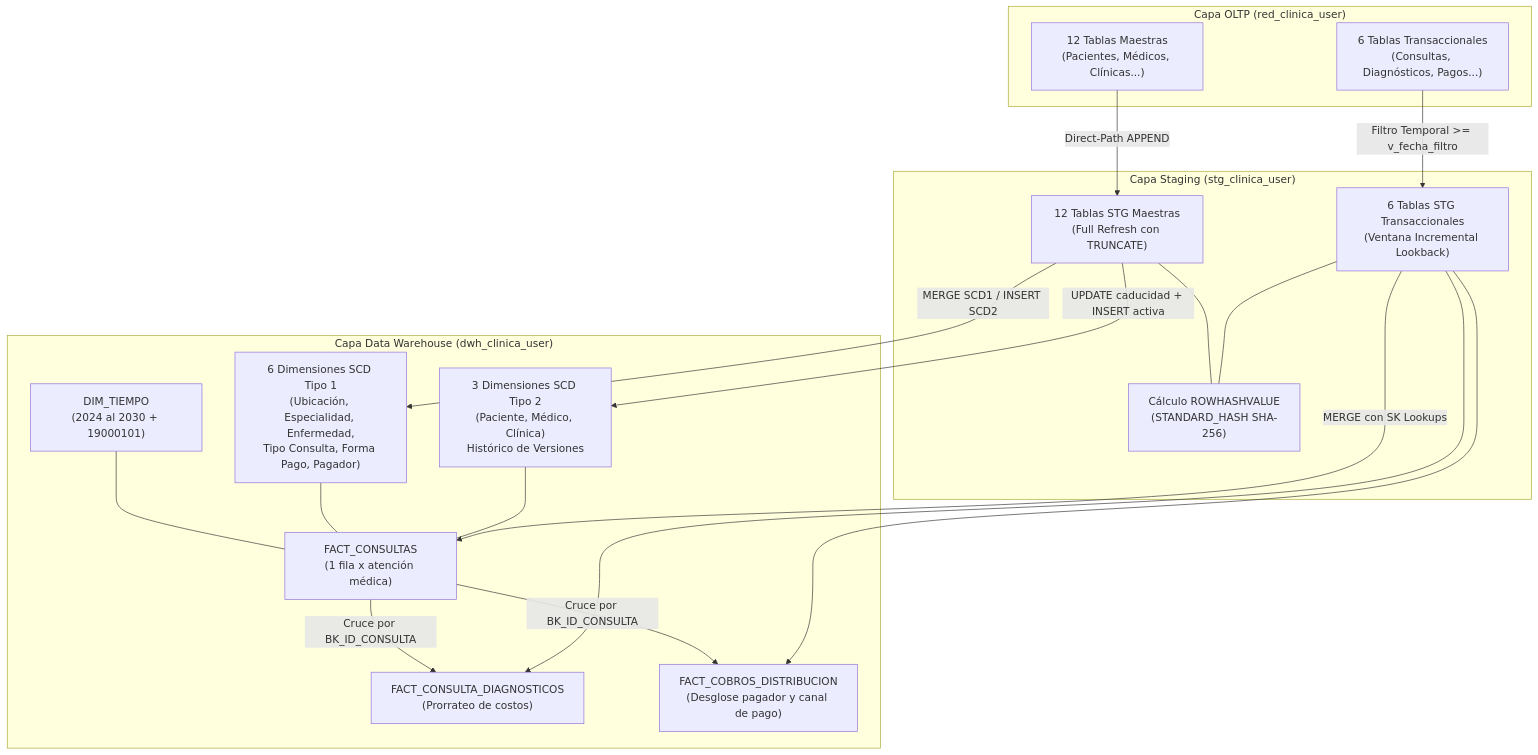
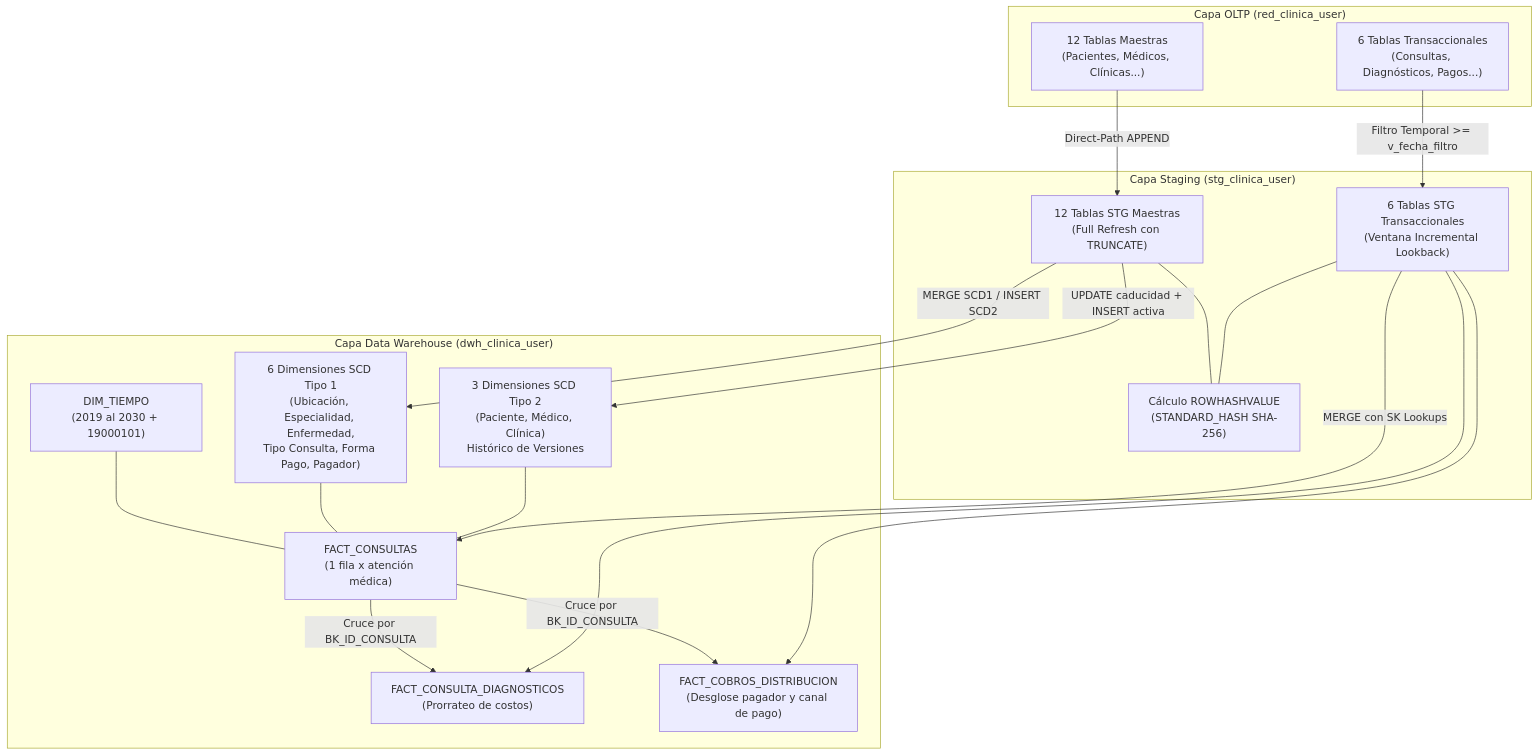
Before and after one commit to Alas06012/Kodigo-Grupo3: the first of 4 diagrams in MANUAL_DATAWAREHOUSE_PIPELINE.md, drawn with Mermaid. The commit also changed other lines of this file and 2 other files, not shown here.

Commit message:
Extend time dimension and sync fact dates
Load DIM_TIEMPO from 2019 through 2030 by default and update SK_TIEMPO in fact-table merges when the associated date changes. Align the pipeline documentation and reported row count.

````diff
--- a/MANUAL_DATAWAREHOUSE_PIPELINE.md
+++ b/MANUAL_DATAWAREHOUSE_PIPELINE.md
@@ -13,37 +13,37 @@
 ```mermaid
 flowchart TD
     subgraph OLTP["Capa OLTP (red_clinica_user)"]
         O1["12 Tablas Maestras<br/>(Pacientes, Médicos, Clínicas...)"]
         O2["6 Tablas Transaccionales<br/>(Consultas, Diagnósticos, Pagos...)"]
     end
 
     subgraph STG["Capa Staging (stg_clinica_user)"]
         S1["12 Tablas STG Maestras<br/>(Full Refresh con TRUNCATE)"]
         S2["6 Tablas STG Transaccionales<br/>(Ventana Incremental Lookback)"]
         H["Cálculo ROWHASHVALUE<br/>(STANDARD_HASH SHA-256)"]
         S1 --- H
         S2 --- H
     end
 
     subgraph DWH["Capa Data Warehouse (dwh_clinica_user)"]
-        D_T["DIM_TIEMPO<br/>(2024 al 2030 + 19000101)"]
+        D_T["DIM_TIEMPO<br/>(2019 al 2030 + 19000101)"]
         D_SCD1["6 Dimensiones SCD Tipo 1<br/>(Ubicación, Especialidad, Enfermedad,<br/>Tipo Consulta, Forma Pago, Pagador)"]
         D_SCD2["3 Dimensiones SCD Tipo 2<br/>(Paciente, Médico, Clínica)<br/>Histórico de Versiones"]
         F1["FACT_CONSULTAS<br/>(1 fila x atención médica)"]
         F2["FACT_CONSULTA_DIAGNOSTICOS<br/>(Prorrateo de costos)"]
         F3["FACT_COBROS_DISTRIBUCION<br/>(Desglose pagador y canal de pago)"]
     end
 
     O1 -->|"Direct-Path APPEND"| S1
     O2 -->|"Filtro Temporal >= v_fecha_filtro"| S2
     S1 -->|"MERGE SCD1 / INSERT SCD2"| D_SCD1
     S1 -->|"UPDATE caducidad + INSERT activa"| D_SCD2
     D_T --- F1
     D_SCD1 --- F1
     D_SCD2 --- F1
     S2 -->|"MERGE con SK Lookups"| F1
     F1 -->|"Cruce por BK_ID_CONSULTA"| F2
     F1 -->|"Cruce por BK_ID_CONSULTA"| F3
     S2 --> F2
     S2 --> F3
 ```
````
